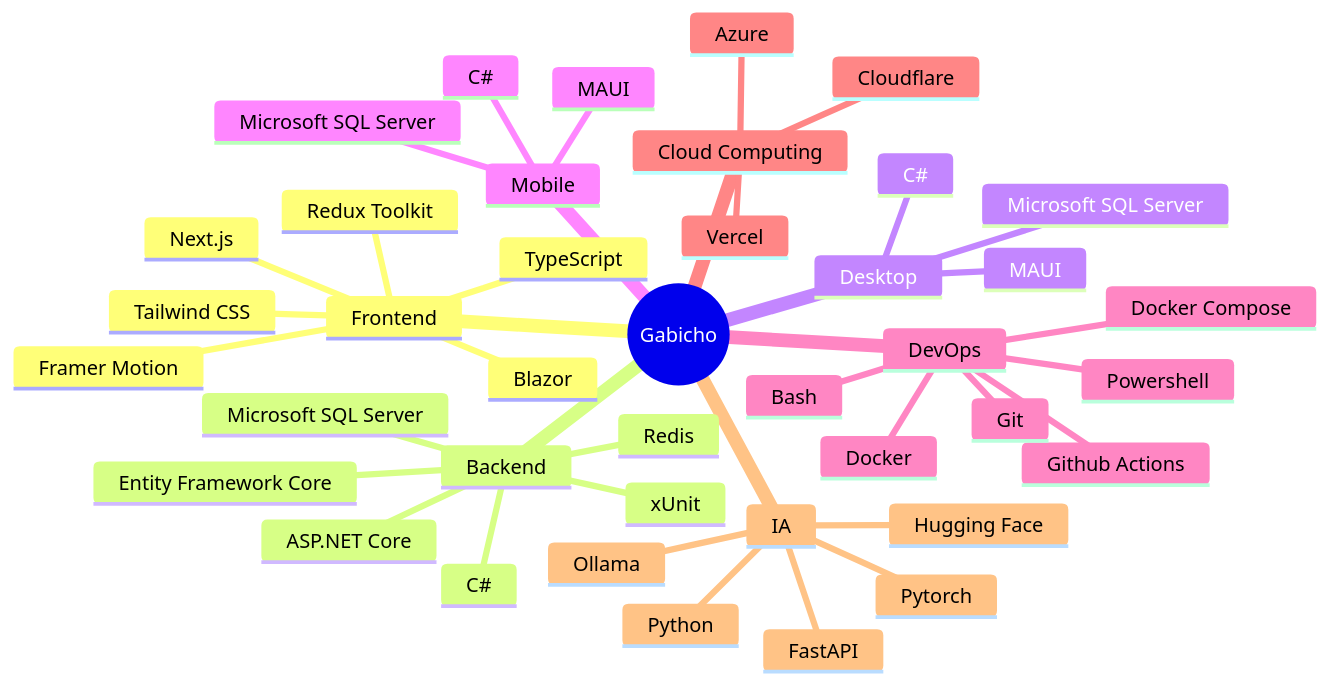
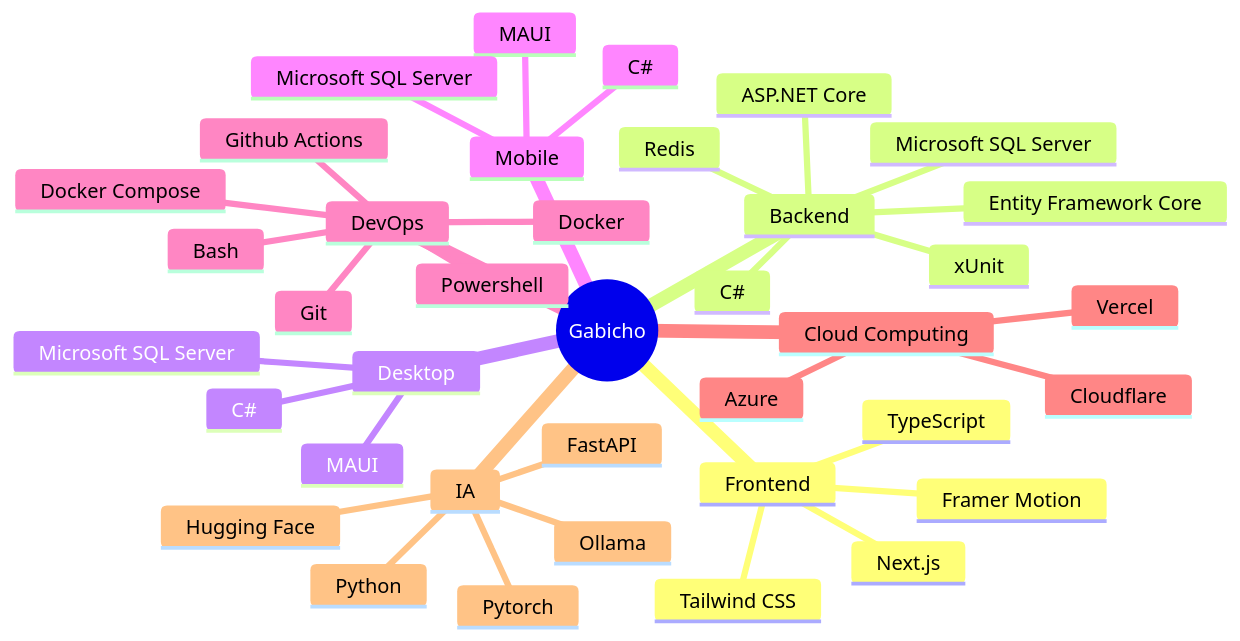
Before and after one commit to ArcGabito/ArcGabito: the diagram in README.md, drawn with Mermaid. The commit also changed other lines of this file, not shown here.

````diff
--- a/README.md
+++ b/README.md
@@ -28,43 +37,41 @@
 ```mermaid
 mindmap
   root((Gabicho))
     Frontend
-      Blazor
       Next.js
       TypeScript
       Tailwind CSS
-      Redux Toolkit
       Framer Motion
     Backend
       C#
       ASP.NET Core
       Entity Framework Core
       Microsoft SQL Server
       xUnit
       Redis
     Desktop
       C#
       MAUI
       Microsoft SQL Server
     Mobile
       C#
       MAUI
       Microsoft SQL Server
     DevOps
       Powershell
       Bash
       Docker
       Docker Compose
       Github Actions
       Git
     Cloud Computing
       Azure
       Cloudflare
       Vercel
     IA
       Python
       FastAPI
       Pytorch
       Hugging Face
       Ollama
 ```
````
